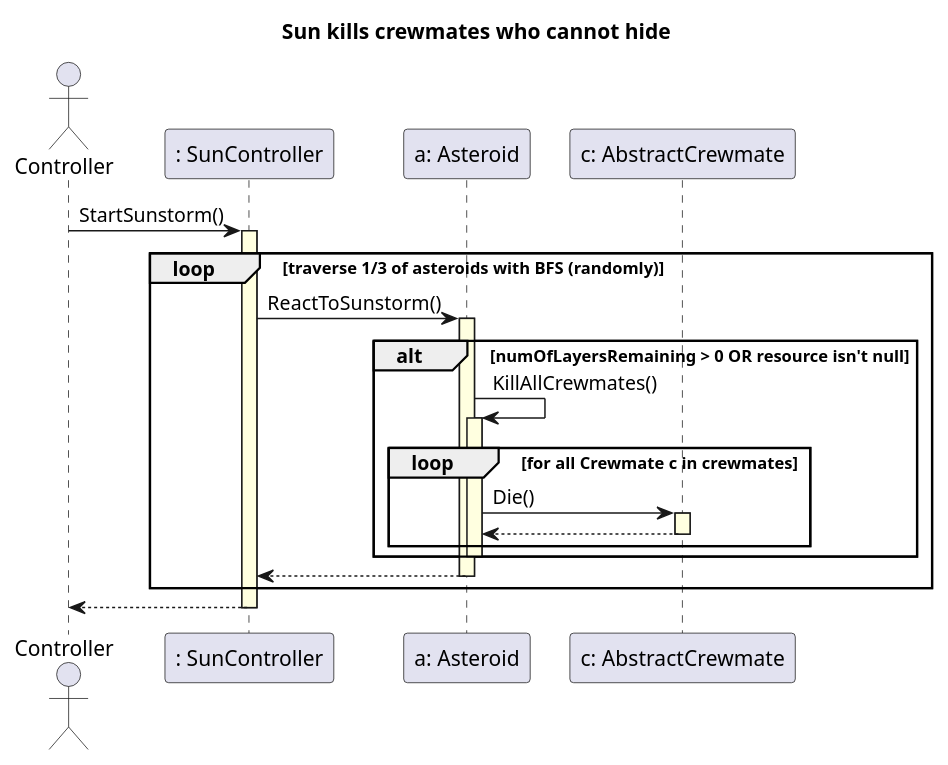
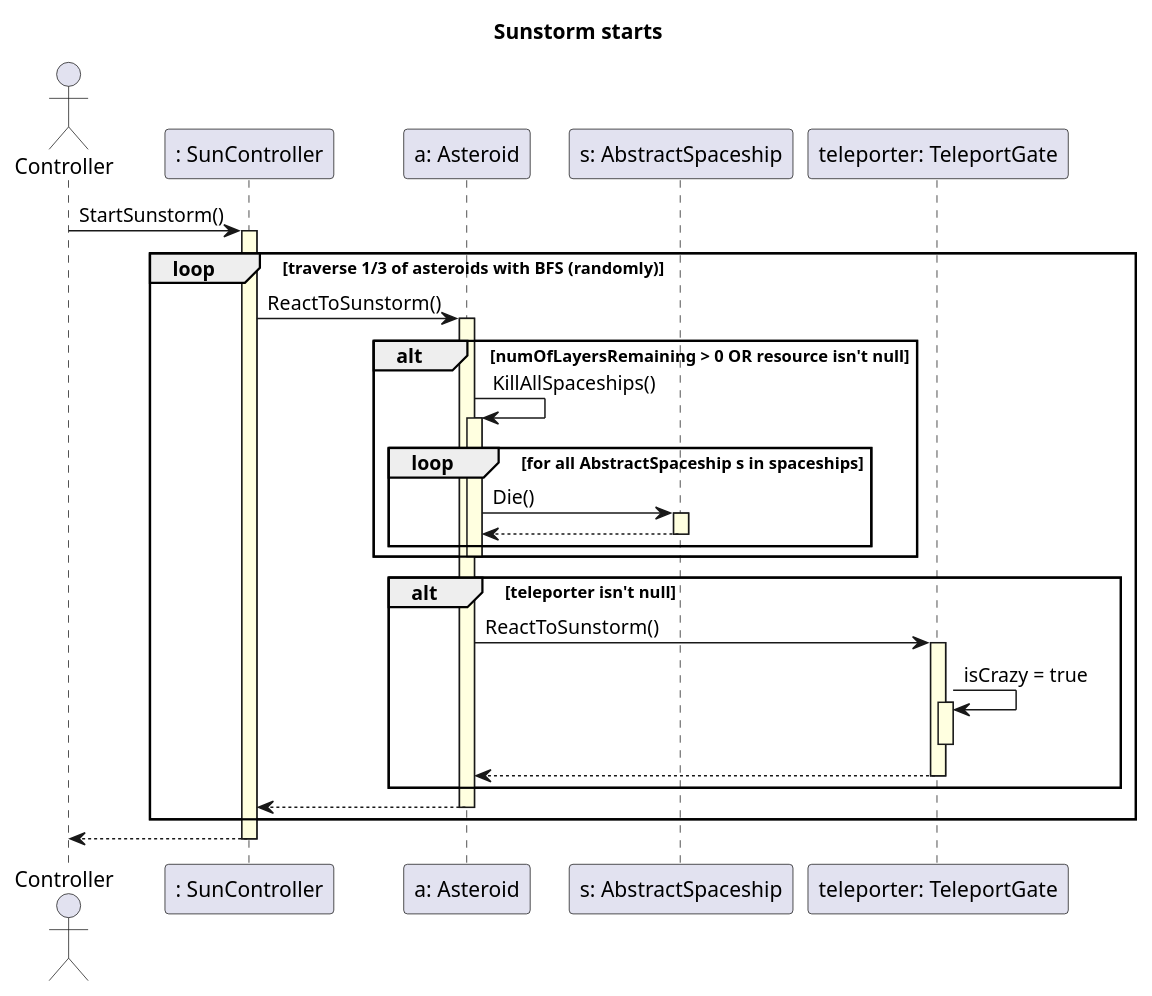
The diagram in uml/original_seq_diagrams/sunstorm.plantuml (triszt4n/projlab_holy_oil), drawn with PlantUML before and after one commit. The commit also changed 36 other files, not shown here.

First line of the commit message:
TP goes crazy from Sunstorm (#207)

```diff
--- a/uml/original_seq_diagrams/sunstorm.plantuml
+++ b/uml/original_seq_diagrams/sunstorm.plantuml
@@ -1,39 +1,51 @@
 @startuml
 skinparam SequenceLifeLineBackgroundColor LightYellow
 
-title "Sun kills crewmates who cannot hide"
+title "Sunstorm starts"
 
 actor Controller as C
 
 participant ": SunController" as sun
 participant "a: Asteroid" as a
-participant "c: AbstractCrewmate" as c
+participant "s: AbstractSpaceship" as c
+participant "teleporter: TeleportGate" as t
 
 C -> sun ++ : StartSunstorm()
 
     loop traverse 1/3 of asteroids with BFS (randomly)
 
         sun -> a ++ : ReactToSunstorm()
 
             alt numOfLayersRemaining > 0 OR resource isn't null
 
-                a -> a ++ : KillAllCrewmates()
+                a -> a ++ : KillAllSpaceships()
 
-                    loop for all Crewmate c in crewmates
+                    loop for all AbstractSpaceship s in spaceships
 
                         a -> c ++ : Die()
                         c --> a --
 
                     end
 
                 deactivate a
 
             end
 
+            alt teleporter isn't null
+
+                a -> t ++ : ReactToSunstorm()
+
+                    t -> t ++ : isCrazy = true
+                    deactivate t
+
+                t --> a --
+
+            end
+
         a --> sun --
 
     end
 
 sun --> C --
 
 @enduml
```
